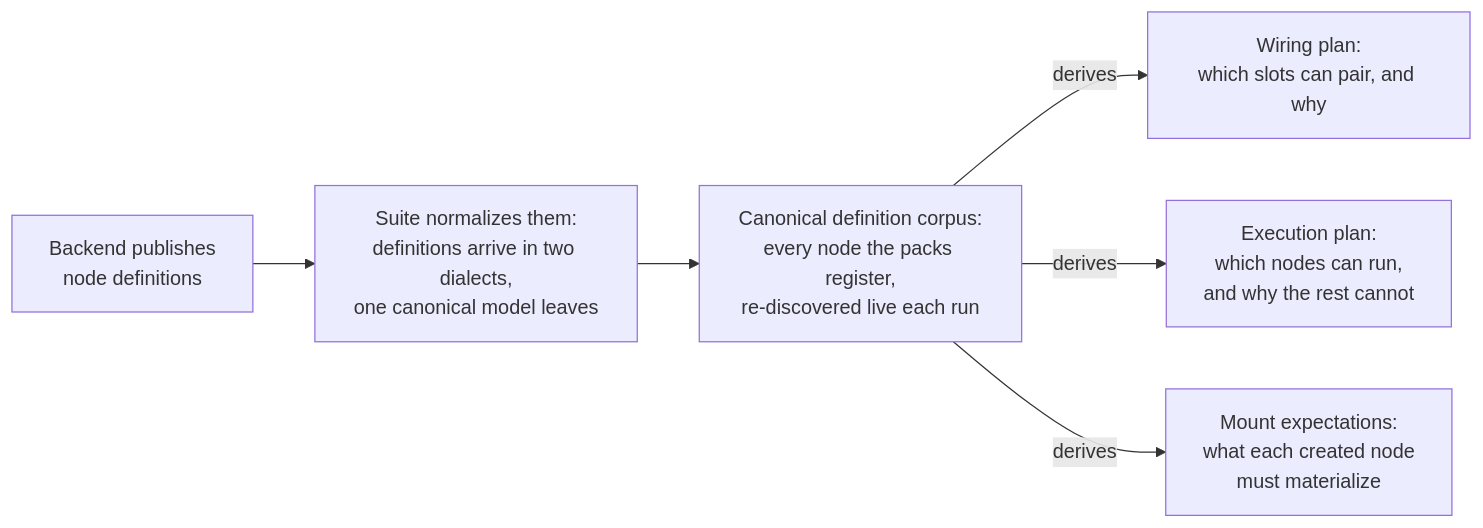
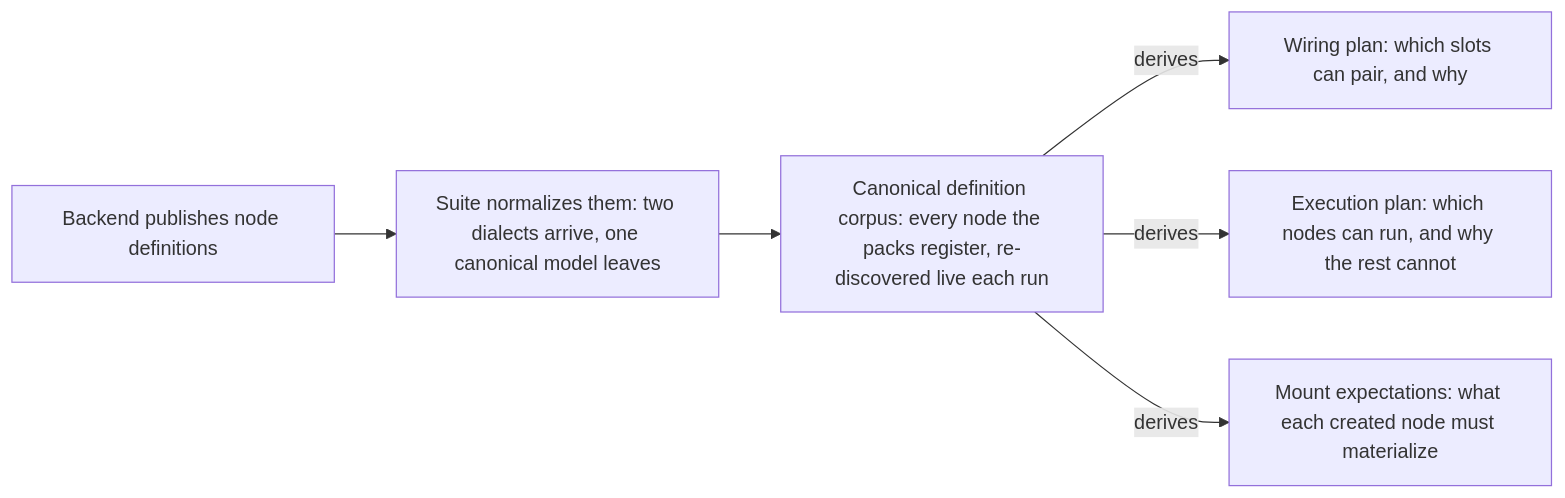
The third of 8 diagrams in browser_tests/tests/customNodes/ARCHITECTURE.md (Comfy-Org/ComfyUI_frontend), drawn with Mermaid before and after one commit. The commit also changed other lines of this file, not shown here.

First line of the commit message:
docs(custom-nodes): wide diagram boxes - strip forced line breaks from D1-D4

````diff
--- a/browser_tests/tests/customNodes/ARCHITECTURE.md
+++ b/browser_tests/tests/customNodes/ARCHITECTURE.md
@@ -195,8 +195,8 @@
 ```mermaid
 flowchart LR
-    PUB["Backend publishes<br/>node definitions"] --> NORM["Suite normalizes them:<br/>definitions arrive in two dialects,<br/>one canonical model leaves"]
-    NORM --> CORPUS["Canonical definition corpus:<br/>every node the packs register,<br/>re-discovered live each run"]
-    CORPUS -->|"derives"| W["Wiring plan:<br/>which slots can pair, and why"]
-    CORPUS -->|"derives"| X["Execution plan:<br/>which nodes can run,<br/>and why the rest cannot"]
-    CORPUS -->|"derives"| M["Mount expectations:<br/>what each created node<br/>must materialize"]
+    PUB["Backend publishes node definitions"] --> NORM["Suite normalizes them: two dialects arrive, one canonical model leaves"]
+    NORM --> CORPUS["Canonical definition corpus: every node the packs register, re-discovered live each run"]
+    CORPUS -->|"derives"| W["Wiring plan: which slots can pair, and why"]
+    CORPUS -->|"derives"| X["Execution plan: which nodes can run, and why the rest cannot"]
+    CORPUS -->|"derives"| M["Mount expectations: what each created node must materialize"]
 ```
````
